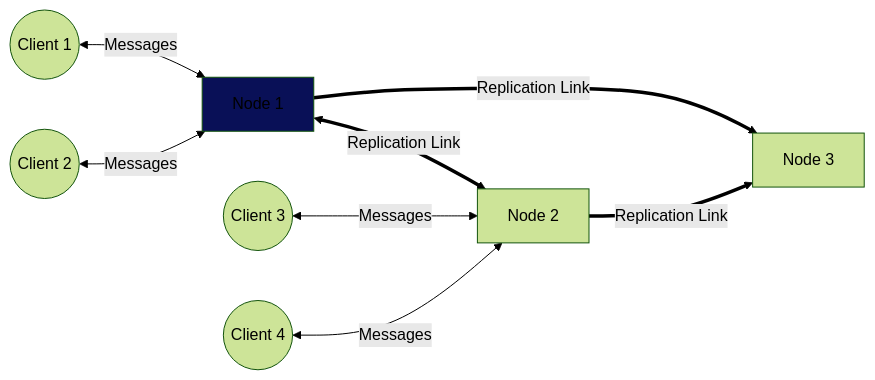
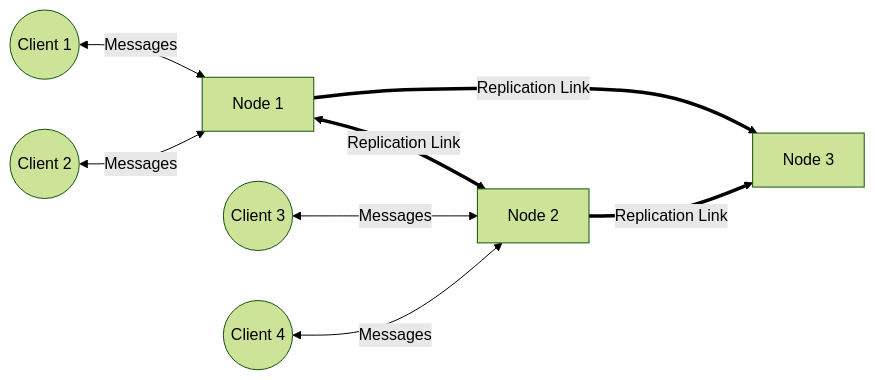
Before and after one commit to niklas-enns/message-broker: the first of 2 diagrams in README.md, drawn with Mermaid (forest theme).

Commit message:
reformat table

````diff
--- a/README.md
+++ b/README.md
@@ -11,14 +11,14 @@
 ```mermaid
 graph LR;
     N1[Node 1]<==>|Replication Link|N2[Node 2]
     N1[Node 1]==>|Replication Link|N3[Node 3]
     N2==>|Replication Link|N3
     C1((Client 1))<-->|Messages|N1;
     C2((Client 2))<-->|Messages|N1;
     C3((Client 3))<-->|Messages|N2;
     C4((Client 4))<-->|Messages|N2;
     N3[Node 3]
     
-    classDef green fill:#091057;
+    classDef green fill:024CAA;
     class N1 green
 ```
````
